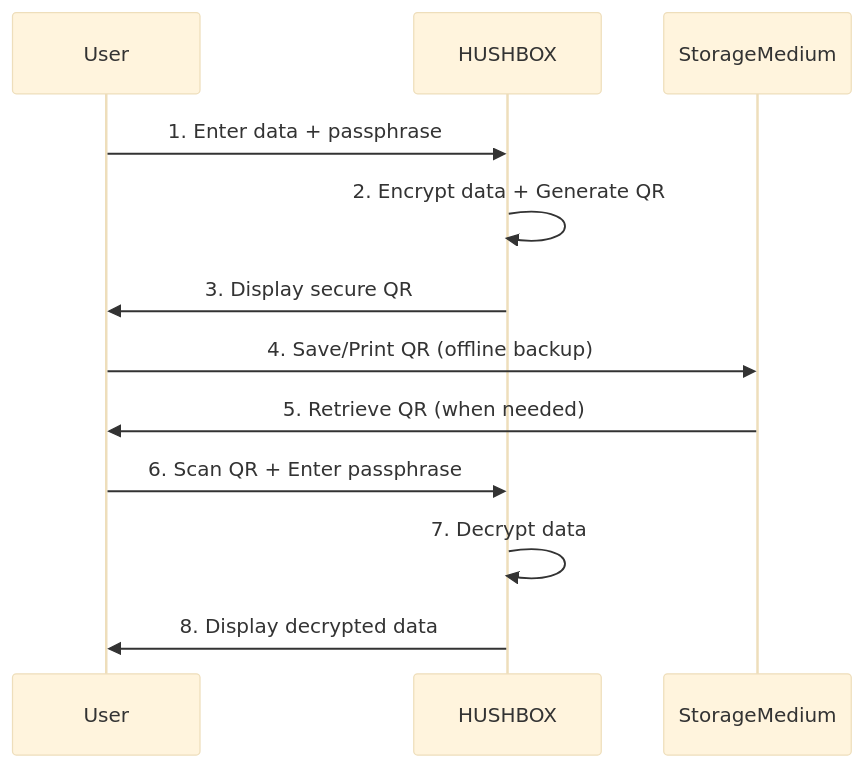
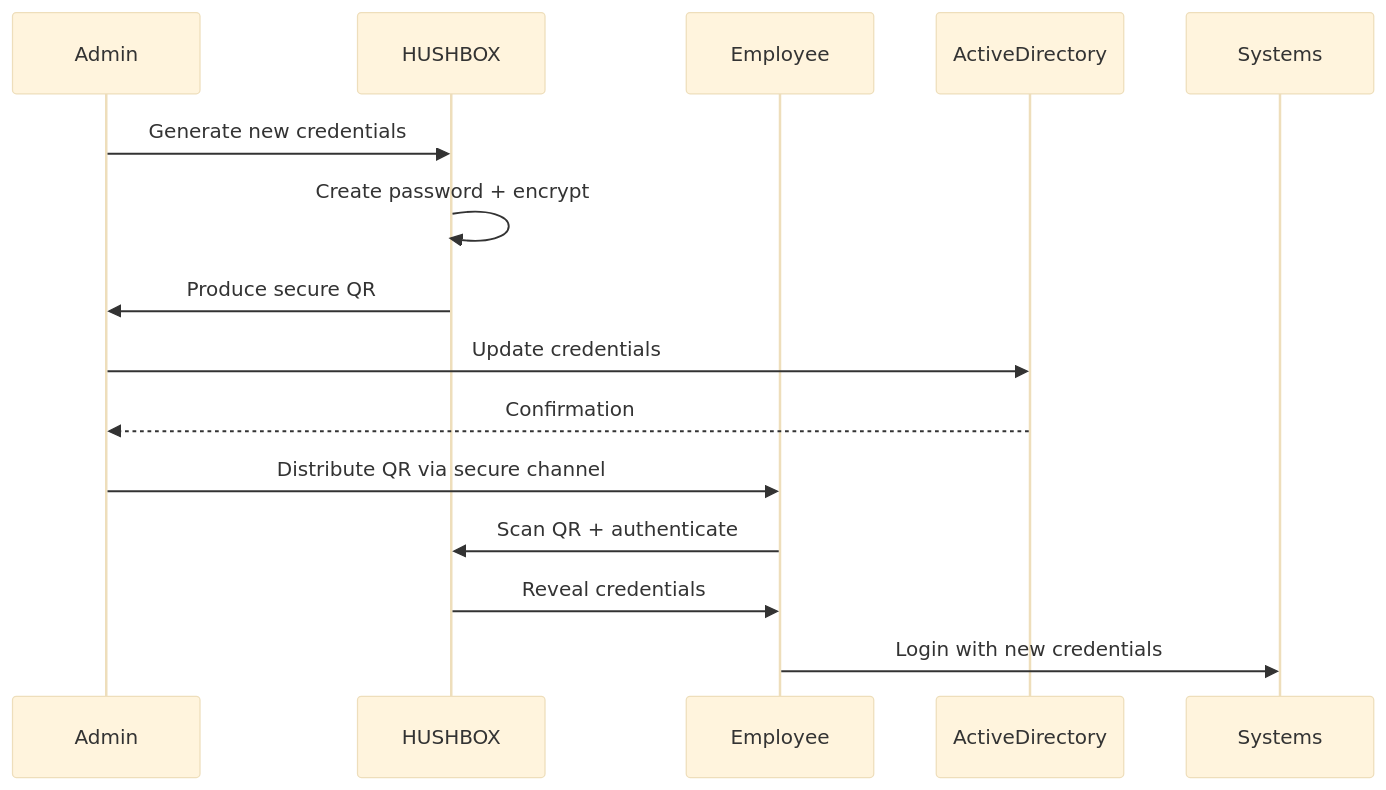
The fourth of 10 diagrams in README.md (MPetovick/testHUSHBOX), drawn with Mermaid (base theme) before and after one commit. The commit also changed other lines of this file, not shown here.

````diff
--- a/README.md
+++ b/README.md
@@ -118,15 +68,17 @@
 ```mermaid
 sequenceDiagram
-    participant User
+    participant Admin
     participant HUSHBOX
-    participant StorageMedium
+    participant Employee
+    participant ActiveDirectory
 
-    User->>HUSHBOX: 1. Enter data + passphrase
-    HUSHBOX->>HUSHBOX: 2. Encrypt data + Generate QR
-    HUSHBOX->>User: 3. Display secure QR
-    User->>StorageMedium: 4. Save/Print QR (offline backup)
-    StorageMedium->>User: 5. Retrieve QR (when needed)
-    User->>HUSHBOX: 6. Scan QR + Enter passphrase
-    HUSHBOX->>HUSHBOX: 7. Decrypt data
-    HUSHBOX->>User: 8. Display decrypted data
+    Admin->>HUSHBOX: Generate new credentials
+    HUSHBOX->>HUSHBOX: Create password + encrypt
+    HUSHBOX->>Admin: Produce secure QR
+    Admin->>ActiveDirectory: Update credentials
+    ActiveDirectory-->>Admin: Confirmation
+    Admin->>Employee: Distribute QR via secure channel
+    Employee->>HUSHBOX: Scan QR + authenticate
+    HUSHBOX->>Employee: Reveal credentials
+    Employee->>Systems: Login with new credentials
 ```
````
